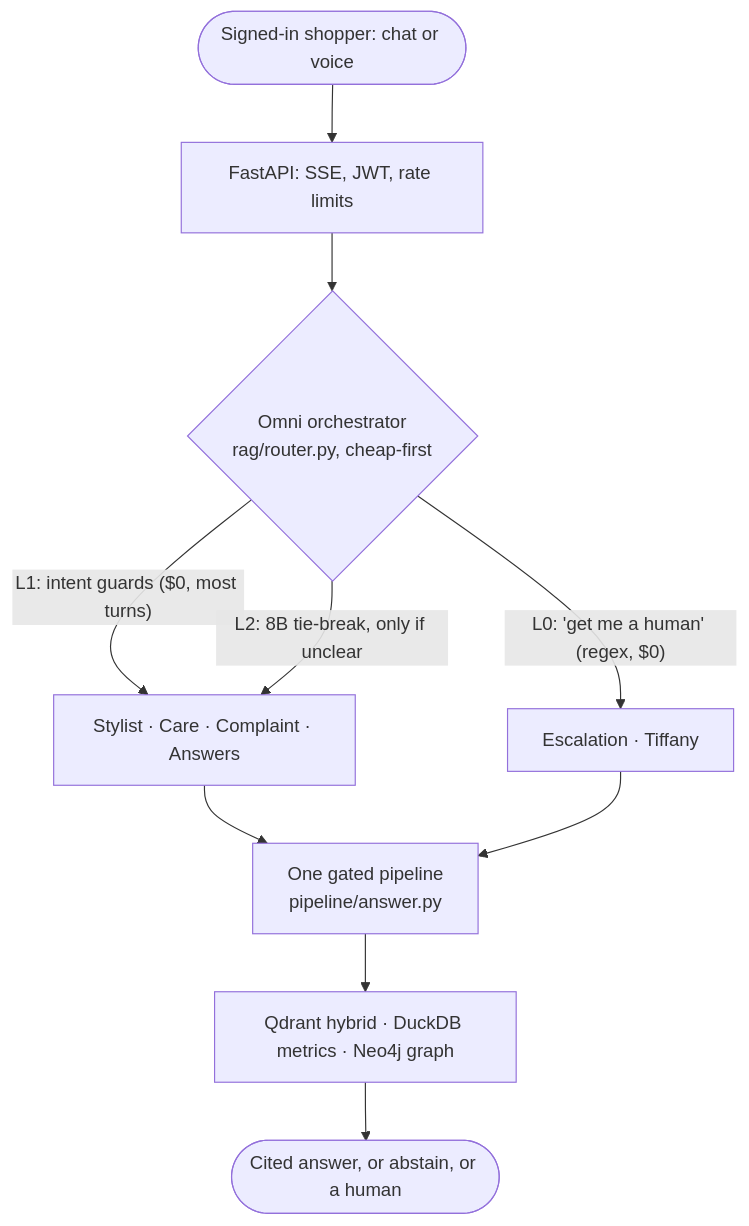
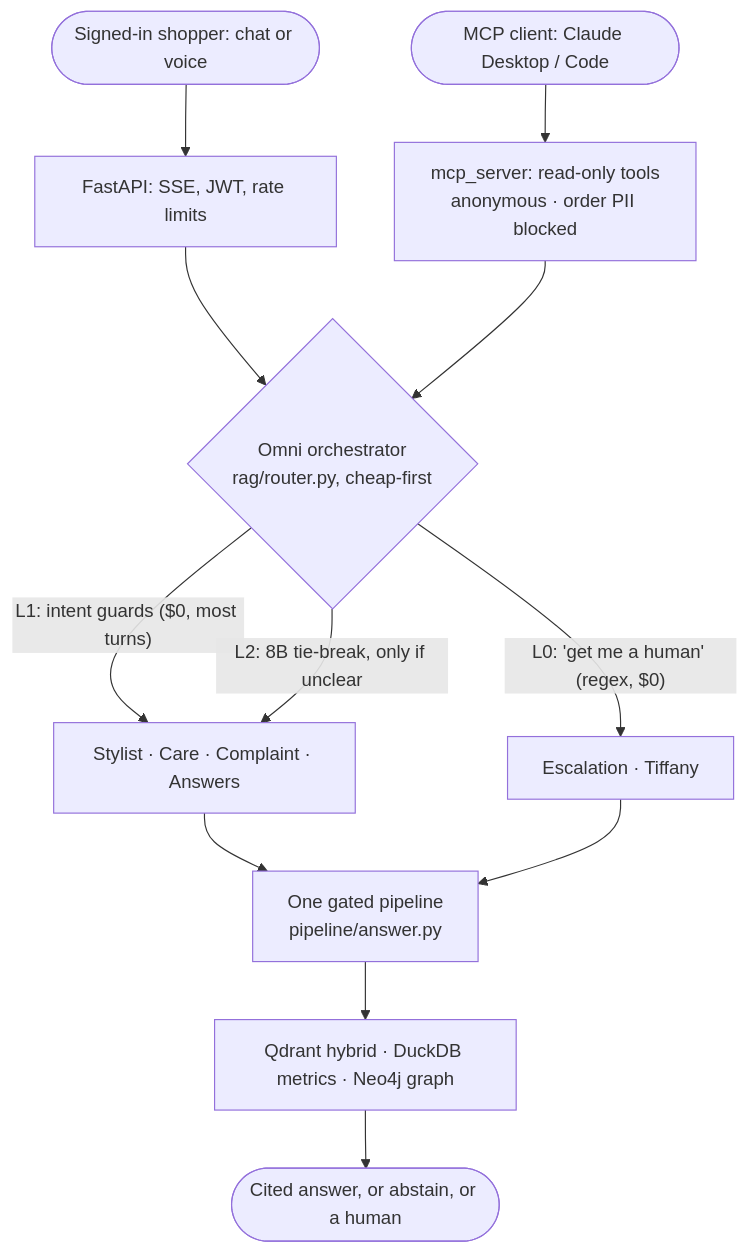
The diagram in README.md (hoomanesteki/agentic-rag-knowledge-ai-platform), drawn with Mermaid before and after one commit. The commit also changed other lines of this file and 1 other file, not shown here.

First line of the commit message:
docs: show the MCP surface in the architecture overview, not just its own page

````diff
--- a/README.md
+++ b/README.md
@@ -42,12 +42,14 @@
 ```mermaid
 flowchart TD
   SH([Signed-in shopper: chat or voice]) --> API[FastAPI: SSE, JWT, rate limits]
+  MC([MCP client: Claude Desktop / Code]) --> MCP[mcp_server: read-only tools<br/>anonymous · order PII blocked]
   API --> R{Omni orchestrator<br/>rag/router.py, cheap-first}
+  MCP --> R
   R -->|"L0: 'get me a human' (regex, $0)"| E[Escalation · Tiffany]
   R -->|"L1: intent guards ($0, most turns)"| L[Stylist · Care · Complaint · Answers]
   R -->|L2: 8B tie-break, only if unclear| L
   L --> P[One gated pipeline<br/>pipeline/answer.py]
   E --> P
   P --> RET[Qdrant hybrid · DuckDB metrics · Neo4j graph]
   RET --> OUT([Cited answer, or abstain, or a human])
 ```
````
